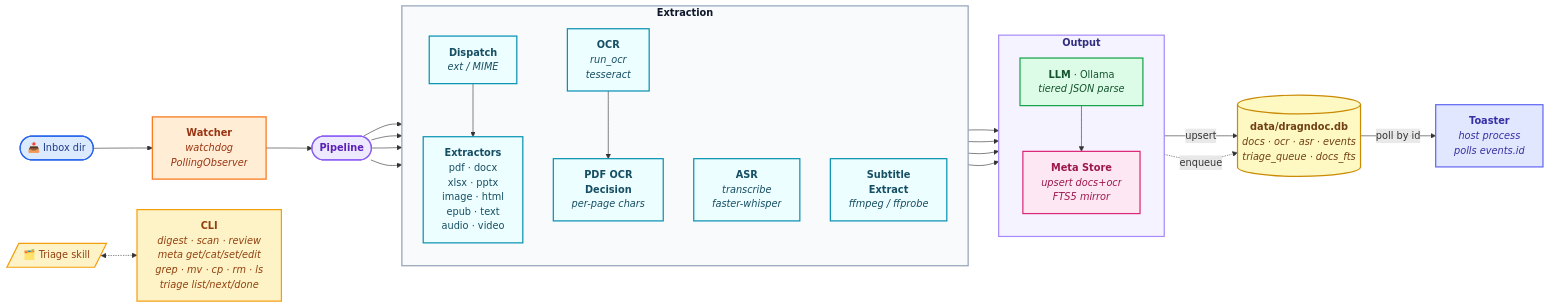
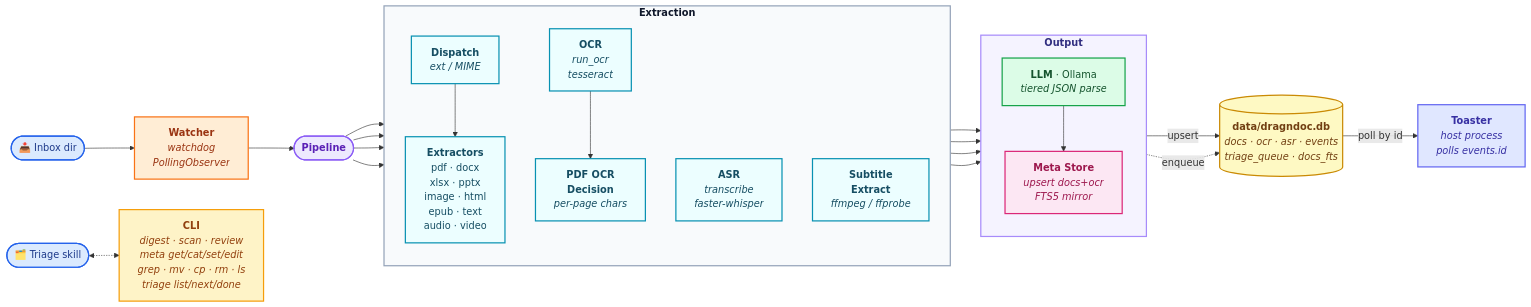
One commit to talraveh1/automafile changed the diagram in architecture.md. Above: the diagram before and after it, drawn with Mermaid.

Commit message:
Refactor architecture diagram

````diff
--- a/architecture.md
+++ b/architecture.md
@@ -3,51 +3,51 @@
 ```mermaid
 flowchart LR
-   inbox(["📥 Inbox dir"]):::source
-   watcher["<b>Watcher</b><br/><i>watchdog<br/>PollingObserver</i>"]:::watch
-   pipeline(["<b>Pipeline</b>"]):::core
+  inbox(["📥 Inbox dir"]):::source
+  watcher["<b>Watcher</b><br/><i>watchdog<br/>PollingObserver</i>"]:::watch
+  pipeline(["<b>Pipeline</b>"]):::core
 
-   subgraph extract ["<b>Extraction</b>"]
-      direction TB
-      dispatch["<b>Dispatch</b><br/><i>ext / MIME</i>"]:::stage
-      extractors["<b>Extractors</b><br/>pdf · docx<br/>xlsx · pptx<br/>image · html<br/>epub · text<br/>audio · video"]:::stage
-      ocr["<b>OCR</b><br/><i>run_ocr<br/>tesseract</i>"]:::stage
-      ocr_decision["<b>PDF OCR<br/>Decision</b><br/><i>per-page chars</i>"]:::stage
-      asr["<b>ASR</b><br/><i>transcribe<br/>faster-whisper</i>"]:::stage
-      subs["<b>Subtitle<br/>Extract</b><br/><i>ffmpeg / ffprobe</i>"]:::stage
-   end
+  subgraph extract ["<b>Extraction</b>"]
+    direction TB
+    dispatch["<b>Dispatch</b><br/><i>ext / MIME</i>"]:::stage
+    extractors["<b>Extractors</b><br/>pdf · docx<br/>xlsx · pptx<br/>image · html<br/>epub · text<br/>audio · video"]:::stage
+    ocr["<b>OCR</b><br/><i>run_ocr<br/>tesseract</i>"]:::stage
+    ocr_decision["<b>PDF OCR<br/>Decision</b><br/><i>per-page chars</i>"]:::stage
+    asr["<b>ASR</b><br/><i>transcribe<br/>faster-whisper</i>"]:::stage
+    subs["<b>Subtitle<br/>Extract</b><br/><i>ffmpeg / ffprobe</i>"]:::stage
+  end
 
-   subgraph output ["<b>Output</b>"]
-      direction TB
-      llm["<b>LLM</b> · Ollama<br/><i>tiered JSON parse</i>"]:::ai
-      writers["<b>Meta Store</b><br/><i>upsert docs+ocr<br/>FTS5 mirror</i>"]:::write
-   end
+  subgraph output ["<b>Output</b>"]
+    direction TB
+    llm["<b>LLM</b> · Ollama<br/><i>tiered JSON parse</i>"]:::ai
+    writers["<b>Meta Store</b><br/><i>upsert docs+ocr<br/>FTS5 mirror</i>"]:::write
+    llm --> writers
+  end
 
-   db[("<b>data/dragndoc.db</b><br/><i>docs · ocr · asr · events<br/>triage_queue · docs_fts</i>")]:::journal
-   toaster["<b>Toaster</b><br/><i>host process<br/>polls events.id</i>"]:::notify
+  db[("<b>data/dragndoc.db</b><br/><i>docs · ocr · asr · events<br/>triage_queue · docs_fts</i>")]:::journal
+  toaster["<b>Toaster</b><br/><i>host process<br/>polls events.id</i>"]:::notify
 
-   cli["<b>CLI</b><br/><i>digest · scan · review<br/>meta get/cat/set/edit<br/>grep · mv · cp · rm · ls<br/>triage list/next/done</i>"]:::tool
-   triage[/"🗂️ Triage skill"/]:::tool
+  cli["<b>CLI</b><br/><i>digest · scan · review<br/>meta get/cat/set/edit<br/>grep · mv · cp · rm · ls<br/>triage list/next/done</i>"]:::tool
+  triage(["🗂️ Triage skill"]):::source
 
-   inbox --> watcher --> pipeline
-   pipeline --> dispatch --> extractors --> output
-   pipeline --> ocr --> ocr_decision --> output
-   pipeline --> asr --> output
-   pipeline --> subs --> output
-   llm --> writers
-   writers -->|upsert| db
-   writers -.->|enqueue| db
-   db -->|poll by id| toaster
-   triage <-.-> cli
-   style extract fill:#f8fafc,stroke:#94a3b8,stroke-width:2px,color:#0f172a
-   style output fill:#f5f3ff,stroke:#a78bfa,stroke-width:2px,color:#312e81
+  inbox --> watcher --> pipeline
+  pipeline --> dispatch --> extractors --> output
+  pipeline --> ocr --> ocr_decision --> output
+  pipeline --> asr --> output
+  pipeline --> subs --> output
+  output -->|upsert| db
+  output -.->|enqueue| db
+  db -->|poll by id| toaster
+  triage <-.-> cli
+  style extract fill:#f8fafc,stroke:#94a3b8,stroke-width:2px,color:#0f172a
+  style output fill:#f5f3ff,stroke:#a78bfa,stroke-width:2px,color:#312e81
 
-   classDef source  fill:#dbeafe,stroke:#2563eb,stroke-width:2px,color:#1e3a8a
-   classDef watch   fill:#ffedd5,stroke:#f97316,stroke-width:2px,color:#9a3412
-   classDef core    fill:#ede9fe,stroke:#8b5cf6,stroke-width:2px,color:#5b21b6
-   classDef stage   fill:#ecfeff,stroke:#0891b2,stroke-width:2px,color:#164e63
-   classDef ai      fill:#dcfce7,stroke:#16a34a,stroke-width:2px,color:#14532d
-   classDef write   fill:#fce7f3,stroke:#db2777,stroke-width:2px,color:#9d174d
-   classDef journal fill:#fef9c3,stroke:#ca8a04,stroke-width:2px,color:#713f12
-   classDef notify  fill:#e0e7ff,stroke:#6366f1,stroke-width:2px,color:#3730a3
-   classDef tool    fill:#fef3c7,stroke:#f59e0b,stroke-width:2px,color:#92400e
+  classDef source  fill:#dbeafe,stroke:#2563eb,stroke-width:2px,color:#1e3a8a
+  classDef watch   fill:#ffedd5,stroke:#f97316,stroke-width:2px,color:#9a3412
+  classDef core    fill:#ede9fe,stroke:#8b5cf6,stroke-width:2px,color:#5b21b6
+  classDef stage   fill:#ecfeff,stroke:#0891b2,stroke-width:2px,color:#164e63
+  classDef ai      fill:#dcfce7,stroke:#16a34a,stroke-width:2px,color:#14532d
+  classDef write   fill:#fce7f3,stroke:#db2777,stroke-width:2px,color:#9d174d
+  classDef journal fill:#fef9c3,stroke:#ca8a04,stroke-width:2px,color:#713f12
+  classDef notify  fill:#e0e7ff,stroke:#6366f1,stroke-width:2px,color:#3730a3
+  classDef tool    fill:#fef3c7,stroke:#f59e0b,stroke-width:2px,color:#92400e
 ```
````
